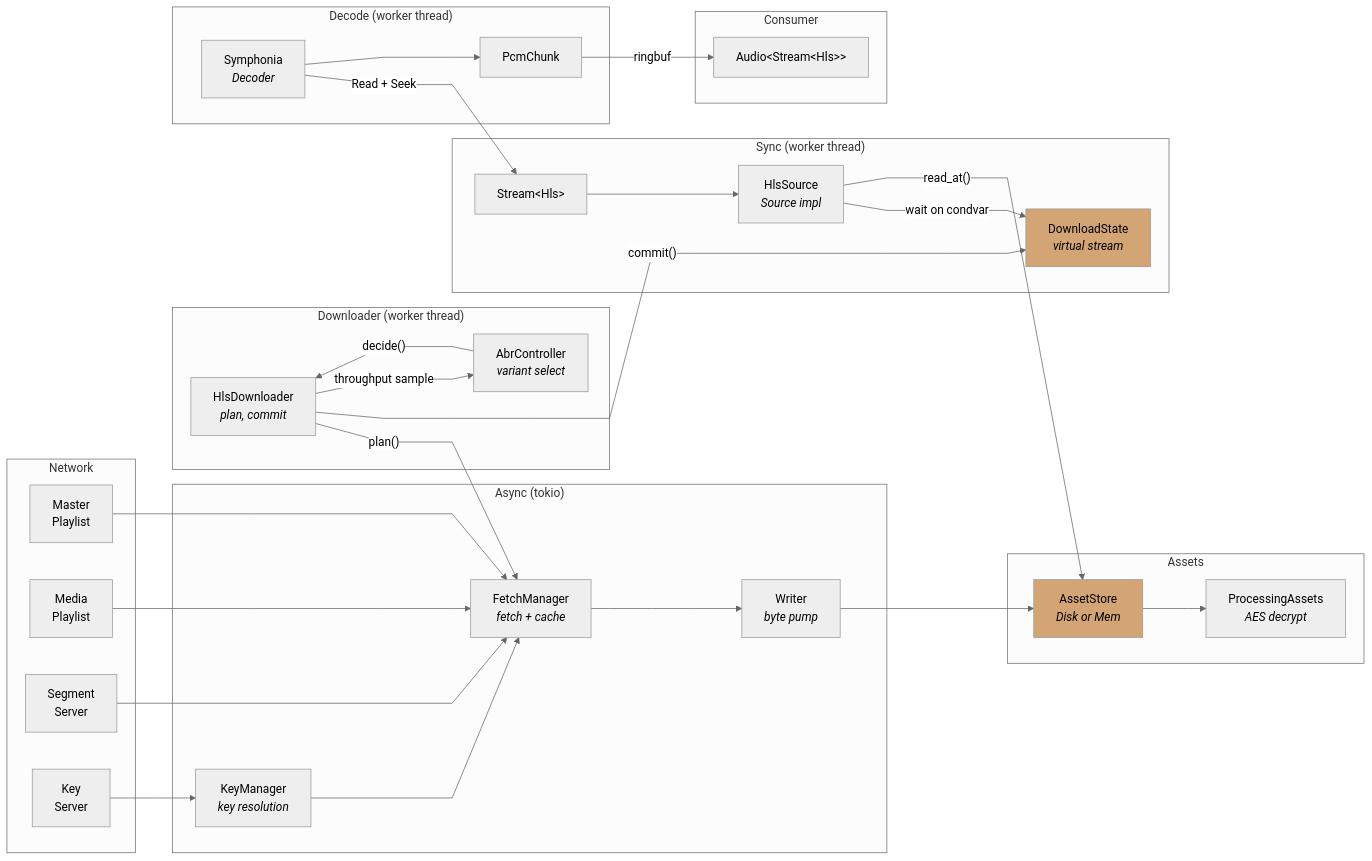
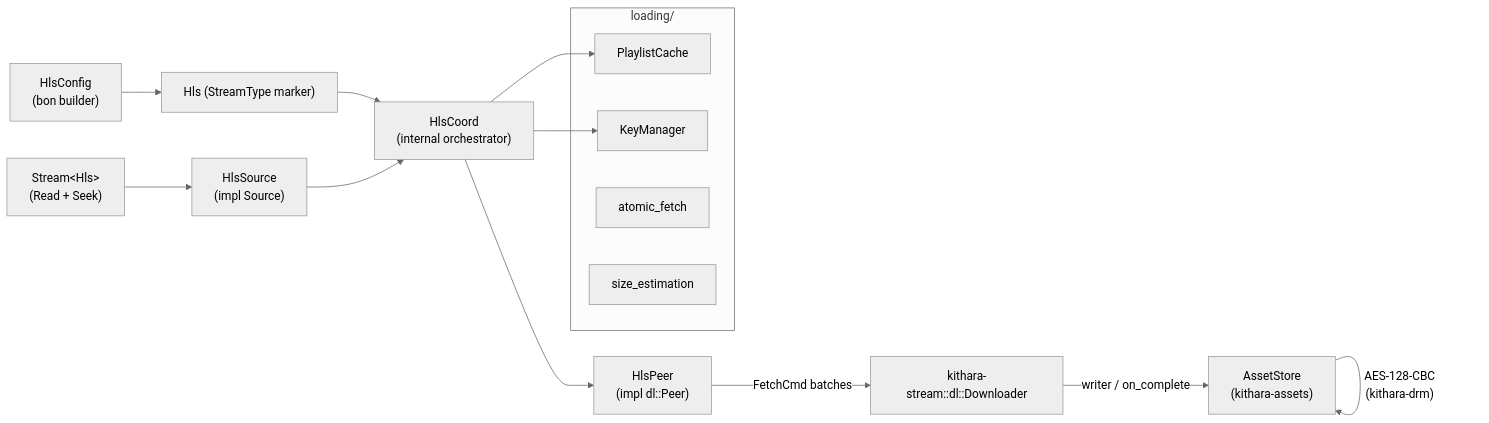
One commit to zvuk/kithara changed the diagram in crates/kithara-hls/README.md. Above: the diagram before and after it, drawn with Mermaid (neutral theme). The commit also changed other lines of this file and 805 other files, not shown here.

````diff
--- a/crates/kithara-hls/README.md
+++ b/crates/kithara-hls/README.md
@@ -30,63 +30,23 @@
 ```mermaid
-%%{init: {"flowchart": {"curve": "linear"}} }%%
 flowchart LR
-    subgraph Network
-        MasterPL["Master<br/>Playlist"]
-        MediaPL["Media<br/>Playlist"]
-        SegSrv["Segment<br/>Server"]
-        KeySrv["Key<br/>Server"]
+    Cfg["HlsConfig<br/>(bon builder)"]
+    Cfg --> Hls["Hls (StreamType marker)"]
+    Hls --> Coord["HlsCoord<br/>(internal orchestrator)"]
+
+    subgraph Loading["loading/"]
+        PC["PlaylistCache"]
+        KM["KeyManager"]
+        AF["atomic_fetch"]
+        SE["size_estimation"]
     end
 
-    subgraph "Async (tokio)"
-        FM["FetchManager<br/><i>fetch + cache</i>"]
-        KM["KeyManager<br/><i>key resolution</i>"]
-        W["Writer<br/><i>byte pump</i>"]
-    end
+    Coord --> Peer["HlsPeer<br/>(impl dl::Peer)"]
+    Coord --> PC
+    Coord --> KM
+    Peer -- "FetchCmd batches" --> DL["kithara-stream::dl::Downloader"]
+    DL -- "writer / on_complete" --> AS["AssetStore<br/>(kithara-assets)"]
+    AS -- "AES-128-CBC<br/>(kithara-drm)" --> AS
 
-    subgraph "Downloader (worker thread)"
-        DL["HlsDownloader<br/><i>plan, commit</i>"]
-        ABR["AbrController<br/><i>variant select</i>"]
-    end
-
-    subgraph "Assets"
-        AB["AssetStore<br/><i>Disk or Mem</i>"]
-        Proc["ProcessingAssets<br/><i>AES decrypt</i>"]
-    end
-
-    subgraph "Sync (worker thread)"
-        HS["HlsSource<br/><i>Source impl</i>"]
-        SI["DownloadState<br/><i>virtual stream</i>"]
-        StreamH["Stream&lt;Hls&gt;"]
-    end
-
-    subgraph "Decode (worker thread)"
-        Dec["Symphonia<br/><i>Decoder</i>"]
-        PCM2["PcmChunk"]
-    end
-
-    subgraph "Consumer"
-        Audio2["Audio&lt;Stream&lt;Hls&gt;&gt;"]
-    end
-
-    MasterPL --> FM
-    MediaPL --> FM
-    SegSrv --> FM
-    KeySrv --> KM
-    KM --> FM
-    FM --> W
-    W --> AB
-    AB --> Proc
-    DL -- "plan()" --> FM
-    DL -- "commit()" --> SI
-    ABR -- "decide()" --> DL
-    DL -- "throughput sample" --> ABR
-    HS -- "wait on condvar" --> SI
-    HS -- "read_at()" --> AB
-    StreamH --> HS
-    Dec -- "Read + Seek" --> StreamH
-    Dec --> PCM2
-    PCM2 -- "ringbuf" --> Audio2
-
-    style SI fill:#d4a574,color:#000
-    style AB fill:#d4a574,color:#000
+    Source["HlsSource<br/>(impl Source)"] --> Coord
+    Stream2["Stream&lt;Hls&gt;<br/>(Read + Seek)"] --> Source
 ```
````
